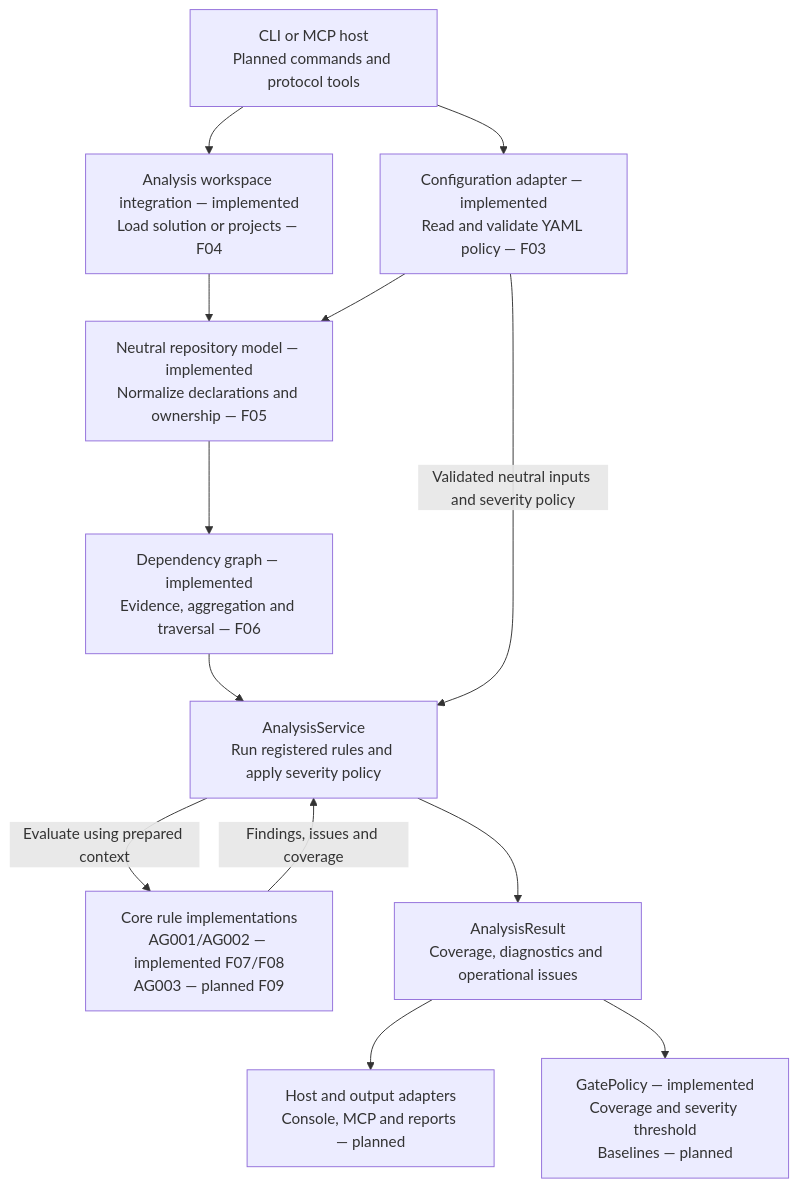
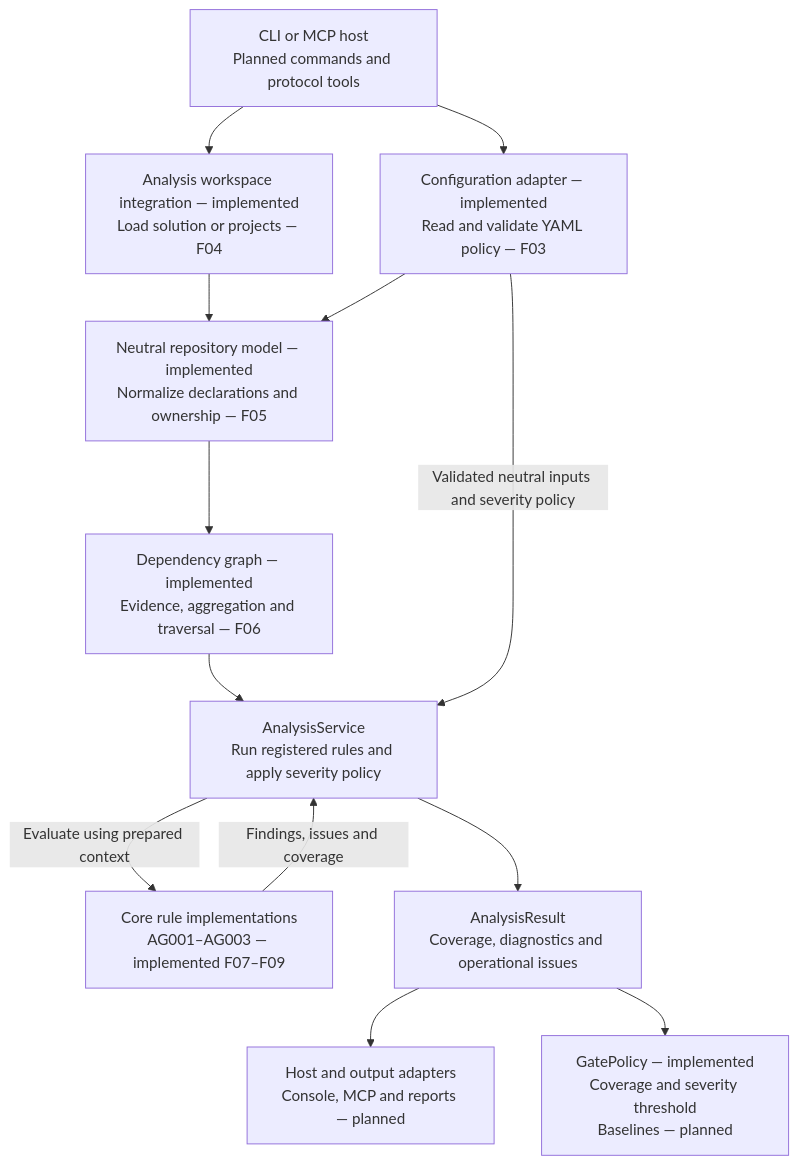
The second of 3 diagrams in docs/architecture/overview.md (kbourzayq/arch-guard), drawn with Mermaid before and after one commit. The commit also changed other lines of this file and 10 other files, not shown here.

````diff
--- a/docs/architecture/overview.md
+++ b/docs/architecture/overview.md
@@ -134,26 +135,26 @@
 ```mermaid
 flowchart TD
     Host["CLI or MCP host<br/>Planned commands and protocol tools"]
     Configuration["Configuration adapter — implemented<br/>Read and validate YAML policy — F03"]
     Workspace["Analysis workspace integration — implemented<br/>Load solution or projects — F04"]
     Context["Neutral repository model — implemented<br/>Normalize declarations and ownership — F05"]
     Graph["Dependency graph — implemented<br/>Evidence, aggregation and traversal — F06"]
     Service["AnalysisService<br/>Run registered rules and apply severity policy"]
-    Rules["Core rule implementations<br/>AG001/AG002 — implemented F07/F08<br/>AG003 — planned F09"]
+    Rules["Core rule implementations<br/>AG001–AG003 — implemented F07–F09"]
     Result["AnalysisResult<br/>Coverage, diagnostics and operational issues"]
     Output["Host and output adapters<br/>Console, MCP and reports — planned"]
     Gate["GatePolicy — implemented<br/>Coverage and severity threshold<br/>Baselines — planned"]
 
     Host --> Configuration
     Host --> Workspace
     Workspace --> Context
     Configuration --> Context
     Context --> Graph
     Graph --> Service
     Configuration -->|"Validated neutral inputs and severity policy"| Service
     Service -->|"Evaluate using prepared context"| Rules
     Rules -->|"Findings, issues and coverage"| Service
     Service --> Result
     Result --> Output
     Result --> Gate
 ```
````
